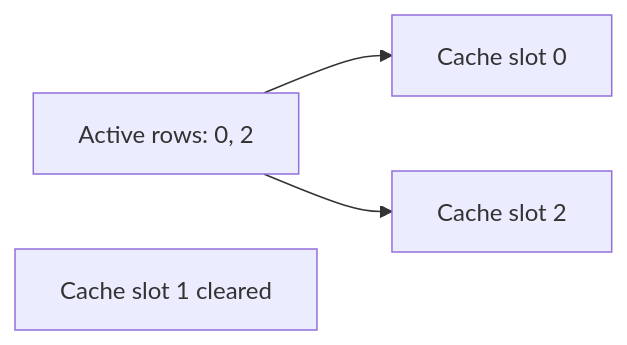
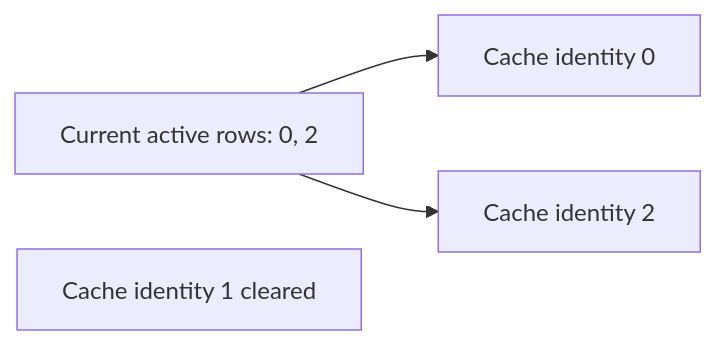
The sixth of 9 diagrams in my/docs/easy_llm_guide.zh-CN.md (eagle-dai/easy_llm.cpp), drawn with Mermaid before and after one commit. The commit also changed other lines of this file, not shown here.

Commit message:
docs: fix architecture boundaries and strengthen state ownership

````diff
--- a/my/docs/easy_llm_guide.zh-CN.md
+++ b/my/docs/easy_llm_guide.zh-CN.md
@@ -880,10 +1003,10 @@
 ```mermaid
 flowchart LR
-    A[Active rows: 0, 2]
-    C0[Cache slot 0]
-    C1[Cache slot 1 cleared]
-    C2[Cache slot 2]
+    A[Current active rows: 0, 2]
+    C0[Cache identity 0]
+    C1[Cache identity 1 cleared]
+    C2[Cache identity 2]
 
     A --> C0
     A --> C2
 ```
````
